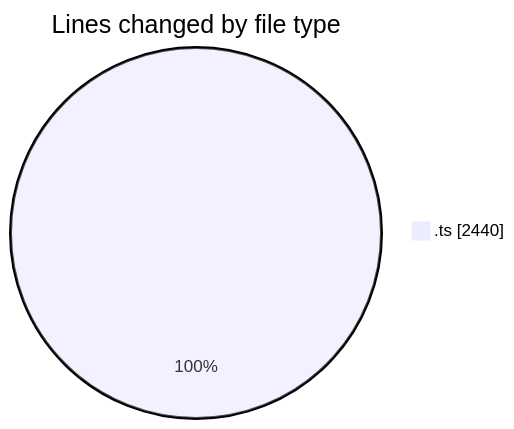
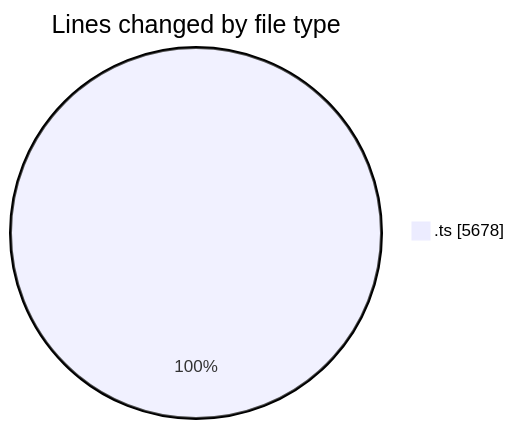
Before and after one commit to momahboobian/code-tracking: the first of 2 diagrams in 2025-10-30/cda/README.md, drawn with Mermaid. The commit also changed other lines of this file and 1 other file, not shown here.

````diff
--- a/2025-10-30/cda/README.md
+++ b/2025-10-30/cda/README.md
@@ -22,5 +23,5 @@
 ```mermaid
 pie showData
 title Lines changed by file type
-".ts" : 2440
+".ts" : 5678
 ```
````
